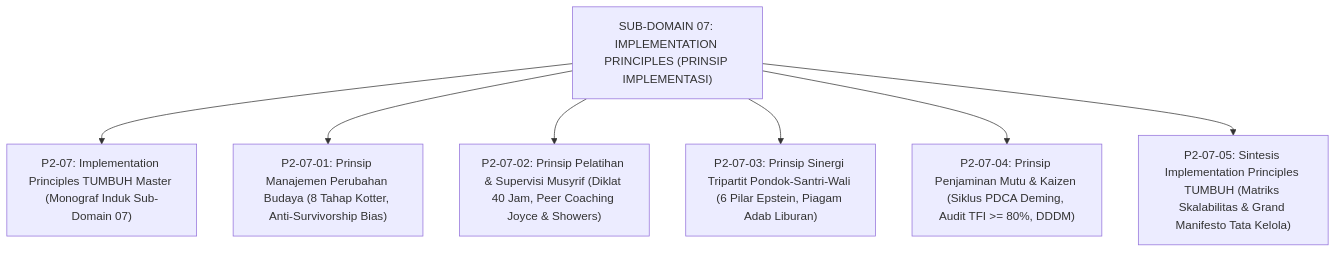
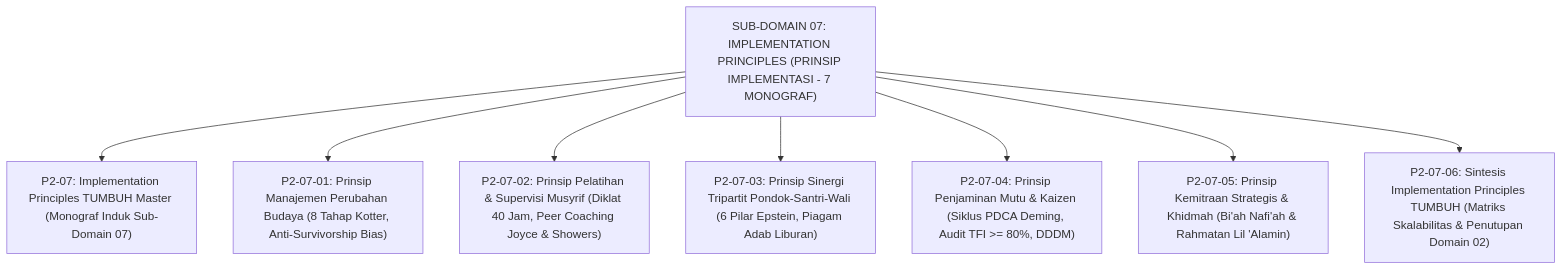
The diagram in 02 Principles/07 Implementation Principles/README.md (wandiapriliyandi/tumbuh), drawn with Mermaid before and after one commit. The commit also changed other lines of this file and 32 other files, not shown here.

Commit message:
feat(principles): expand organically Domain 02 Principles with non-uniform deep monographs (62 files total, max 10/sub-domain)

````diff
--- a/02 Principles/07 Implementation Principles/README.md
+++ b/02 Principles/07 Implementation Principles/README.md
@@ -14,11 +14,12 @@
 ```mermaid
 graph TD
-    Implementation["SUB-DOMAIN 07: IMPLEMENTATION PRINCIPLES (PRINSIP IMPLEMENTASI)"]
+    Implementation["SUB-DOMAIN 07: IMPLEMENTATION PRINCIPLES (PRINSIP IMPLEMENTASI - 7 MONOGRAF)"]
     
     Implementation --> Master["P2-07: Implementation Principles TUMBUH Master (Monograf Induk Sub-Domain 07)"]
     Implementation --> M1["P2-07-01: Prinsip Manajemen Perubahan Budaya (8 Tahap Kotter, Anti-Survivorship Bias)"]
     Implementation --> M2["P2-07-02: Prinsip Pelatihan & Supervisi Musyrif (Diklat 40 Jam, Peer Coaching Joyce & Showers)"]
     Implementation --> M3["P2-07-03: Prinsip Sinergi Tripartit Pondok-Santri-Wali (6 Pilar Epstein, Piagam Adab Liburan)"]
     Implementation --> M4["P2-07-04: Prinsip Penjaminan Mutu & Kaizen (Siklus PDCA Deming, Audit TFI >= 80%, DDDM)"]
-    Implementation --> M5["P2-07-05: Sintesis Implementation Principles TUMBUH (Matriks Skalabilitas & Grand Manifesto Tata Kelola)"]
+    Implementation --> M5["P2-07-05: Prinsip Kemitraan Strategis & Khidmah (Bi'ah Nafi'ah & Rahmatan Lil 'Alamin)"]
+    Implementation --> M6["P2-07-06: Sintesis Implementation Principles TUMBUH (Matriks Skalabilitas & Penutupan Domain 02)"]
 ```
````
